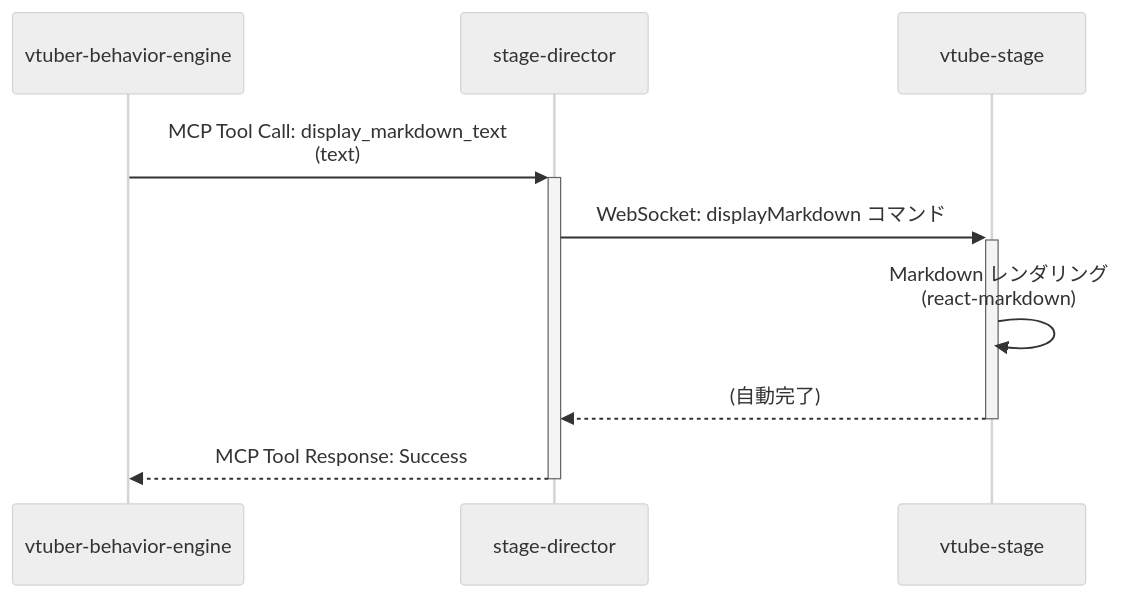
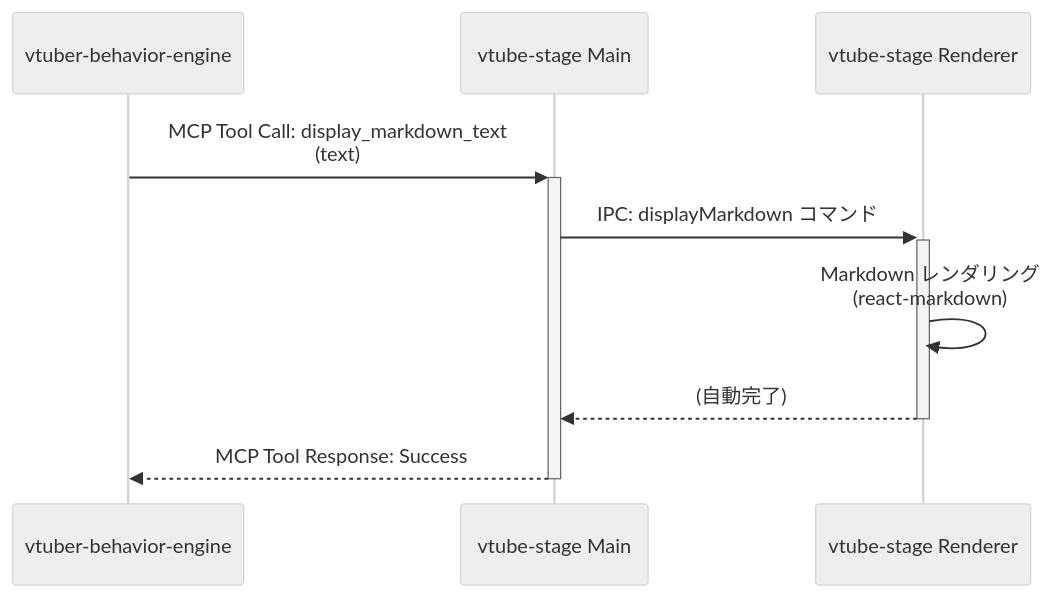
Before and after one commit to LongbowXXX/ai-tuber: the third of 3 diagrams in docs/architecture/key-flows.md, drawn with Mermaid (neutral theme). The commit also changed other lines of this file and 4 other files, not shown here.

Commit message:
docs: Add initial architectural documentation covering directory structure, key flows, overview, and tech stack, and update README.

````diff
--- a/docs/architecture/key-flows.md
+++ b/docs/architecture/key-flows.md
@@ -80,12 +79,12 @@
 ```mermaid
 sequenceDiagram
     participant VBE as vtuber-behavior-engine
-    participant SD as stage-director
-    participant VS as vtube-stage
+    participant Main as vtube-stage Main
+    participant Renderer as vtube-stage Renderer
 
-    VBE ->>+ SD: MCP Tool Call: display_markdown_text<br/>(text)
-    SD ->>+ VS: WebSocket: displayMarkdown コマンド
-    VS ->> VS: Markdown レンダリング<br/>(react-markdown)
-    VS -->>- SD: (自動完了)
-    SD -->>- VBE: MCP Tool Response: Success
+    VBE ->>+ Main: MCP Tool Call: display_markdown_text<br/>(text)
+    Main ->>+ Renderer: IPC: displayMarkdown コマンド
+    Renderer ->> Renderer: Markdown レンダリング<br/>(react-markdown)
+    Renderer -->>- Main: (自動完了)
+    Main -->>- VBE: MCP Tool Response: Success
 ```
````
